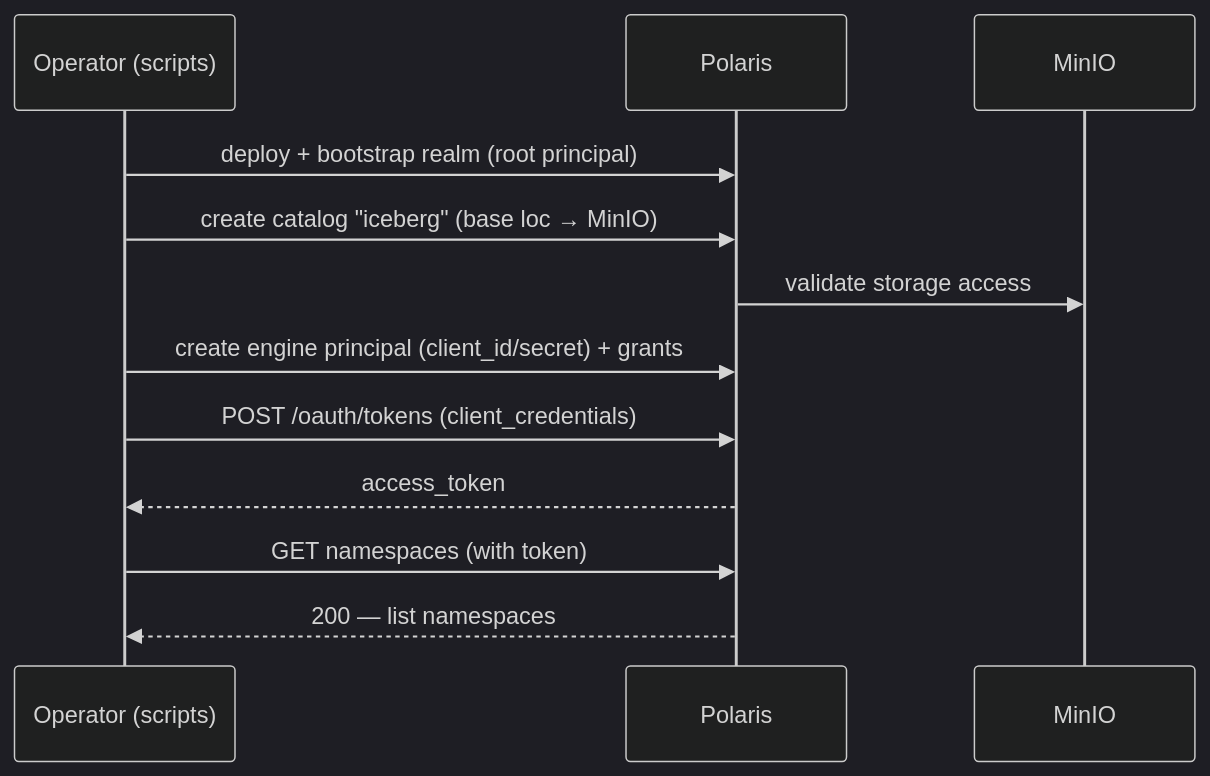
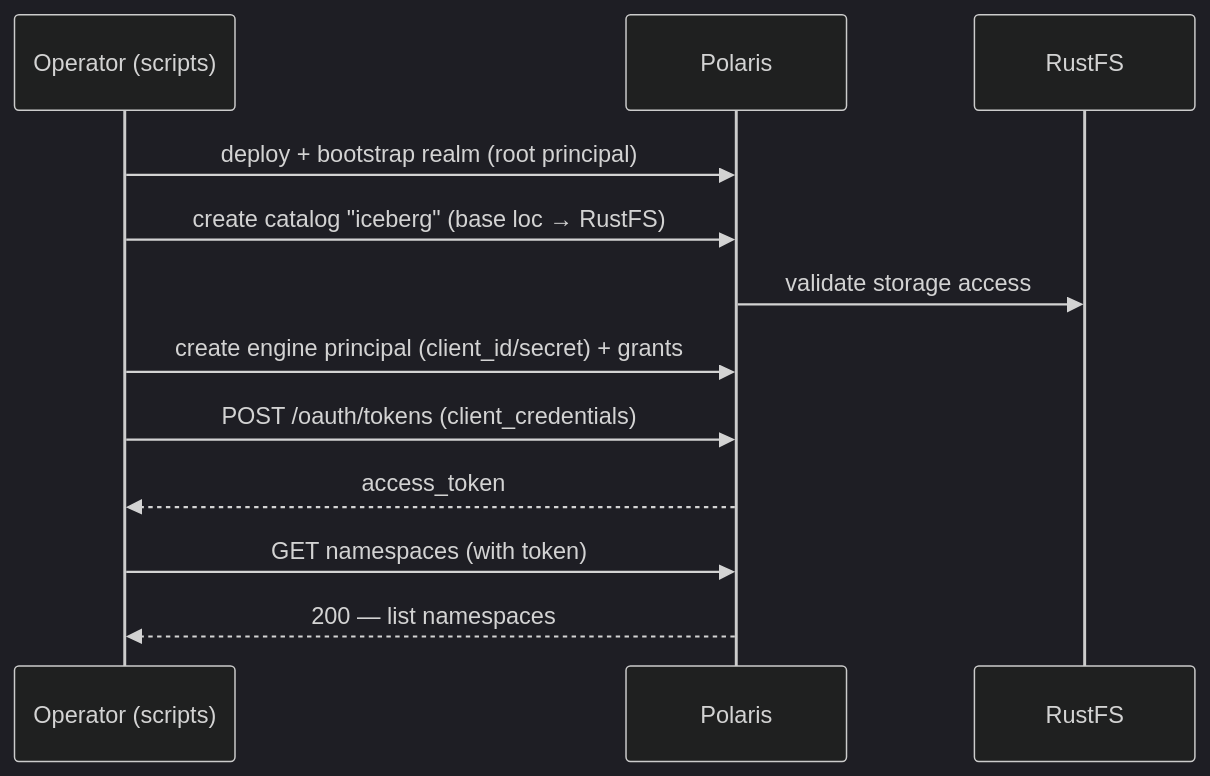
One commit to christiannarbon/open-iceberg-stack changed the second of 3 diagrams in docs/tech/lld/03-governance-catalog.md. Above: the diagram before and after it, drawn with Mermaid (dark theme). The commit also changed other lines of this file, not shown here.

````diff
--- a/docs/tech/lld/03-governance-catalog.md
+++ b/docs/tech/lld/03-governance-catalog.md
@@ -46,14 +46,14 @@
 ```mermaid
 sequenceDiagram
     participant O as Operator (scripts)
     participant P as Polaris
-    participant M as MinIO
+    participant M as RustFS
     O->>P: deploy + bootstrap realm (root principal)
-    O->>P: create catalog "iceberg" (base loc → MinIO)
+    O->>P: create catalog "iceberg" (base loc → RustFS)
     P->>M: validate storage access
     O->>P: create engine principal (client_id/secret) + grants
     O->>P: POST /oauth/tokens (client_credentials)
     P-->>O: access_token
     O->>P: GET namespaces (with token)
     P-->>O: 200 — list namespaces
 ```
````
